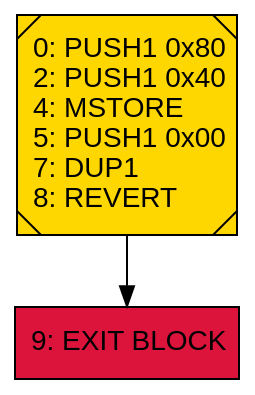
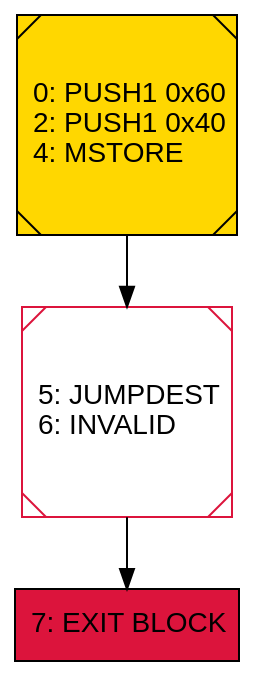
One commit to Witnull/ProjectMando changed the diagram in experiments/ge-sc-data/byte_code/smartbugs/runtime/graphs/access_control/clean_57_buggy_curated_0/parity_wallet_bug_2-WalletEvents.dot. Above: the diagram before and after it, drawn with Graphviz. The commit also changed 4797 other files, not shown here.

Commit message:
add infos and fix for byte code control flow graph gen

```diff
--- a/experiments/ge-sc-data/byte_code/smartbugs/runtime/graphs/access_control/clean_57_buggy_curated_0/parity_wallet_bug_2-WalletEvents.dot
+++ b/experiments/ge-sc-data/byte_code/smartbugs/runtime/graphs/access_control/clean_57_buggy_curated_0/parity_wallet_bug_2-WalletEvents.dot
@@ -1,7 +1,9 @@
 digraph G {
 bgcolor=transparent rankdir=UD;
 node [shape=box style=filled color=black fillcolor=white fontname=arial fontcolor=black];
-0 [label="0: PUSH1 0x80\l2: PUSH1 0x40\l4: MSTORE\l5: PUSH1 0x00\l7: DUP1\l8: REVERT\l" fillcolor=lemonchiffon shape=Msquare fillcolor=gold ];
-9 [label="9: EXIT BLOCK\l" fillcolor=crimson ];
-0 -> 9;
+5 [label="5: JUMPDEST\l6: INVALID\l" shape=Msquare color=crimson ];
+7 [label="7: EXIT BLOCK\l" fillcolor=crimson ];
+0 [label="0: PUSH1 0x60\l2: PUSH1 0x40\l4: MSTORE\l" fillcolor=lemonchiffon shape=Msquare fillcolor=gold ];
+5 -> 7;
+0 -> 5;
 }
```
